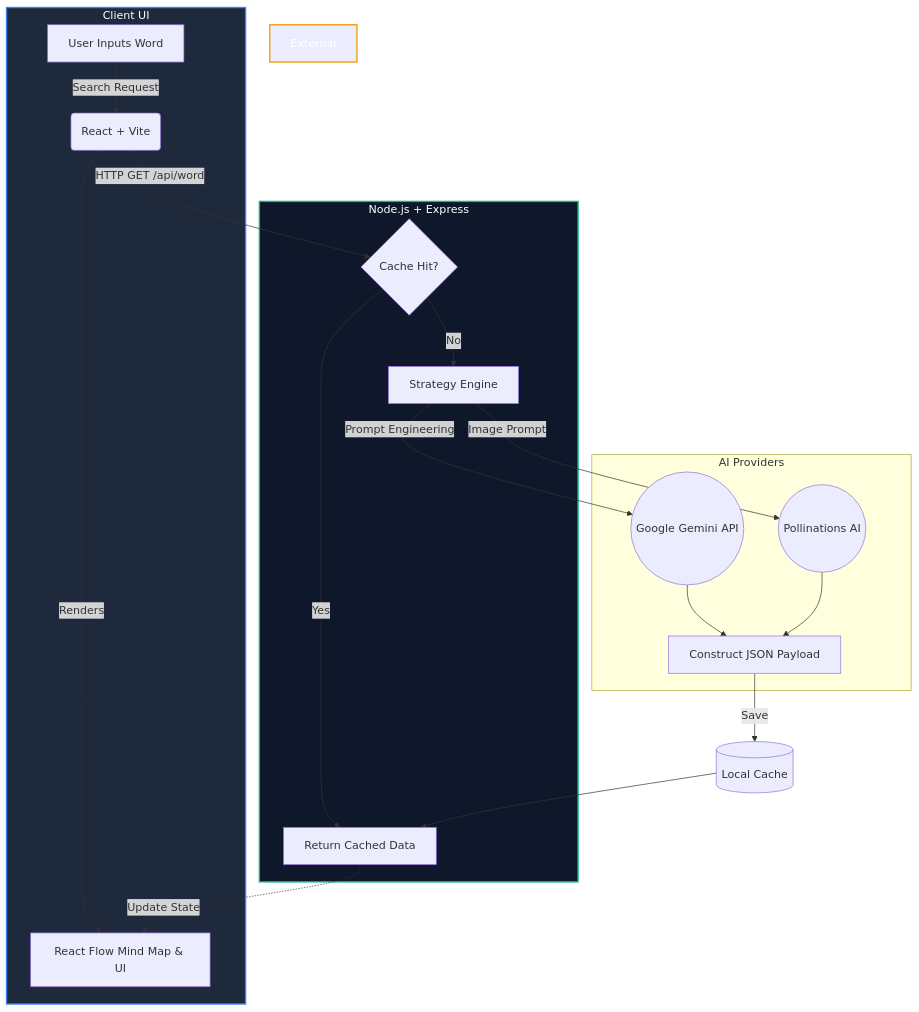
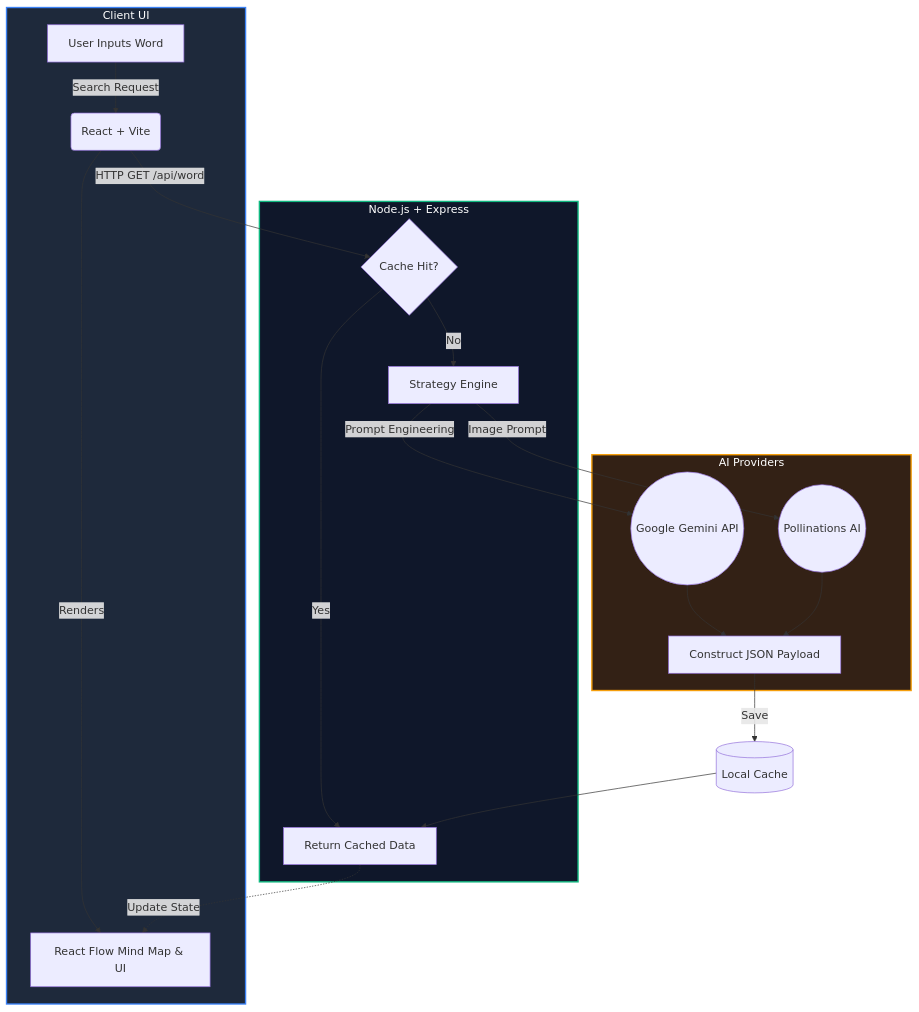
The diagram in README.md (goktugcakiroglu/language-learning-app), drawn with Mermaid before and after one commit. The commit also changed 3 other files, not shown here.

````diff
--- a/README.md
+++ b/README.md
@@ -93,28 +93,28 @@
 ```mermaid
 graph TD
     subgraph Frontend [Client UI]
         A[User Inputs Word] -->|Search Request| B(React + Vite)
         B -->|Renders| C[React Flow Mind Map & UI]
     end
 
     subgraph Backend [Node.js + Express]
         B -->|HTTP GET /api/word| D{Cache Hit?}
         D -->|Yes| E[Return Cached Data]
         D -->|No| F[Strategy Engine]
     end
 
-    subgraph External APIs [AI Providers]
+    subgraph ExternalAPIs [AI Providers]
         F -->|Prompt Engineering| G((Google Gemini API))
         F -->|Image Prompt| H((Pollinations AI))
         G --> I[Construct JSON Payload]
         H --> I
     end
 
     I -->|Save| J[(Local Cache)]
     J --> E
     E -.->|Update State| C
     
     style Frontend fill:#1e293b,stroke:#3b82f6,stroke-width:2px,color:#fff
     style Backend fill:#0f172a,stroke:#10b981,stroke-width:2px,color:#fff
-    style External APIs fill:#332115,stroke:#f59e0b,stroke-width:2px,color:#fff
+    style ExternalAPIs fill:#332115,stroke:#f59e0b,stroke-width:2px,color:#fff
 ```
````
